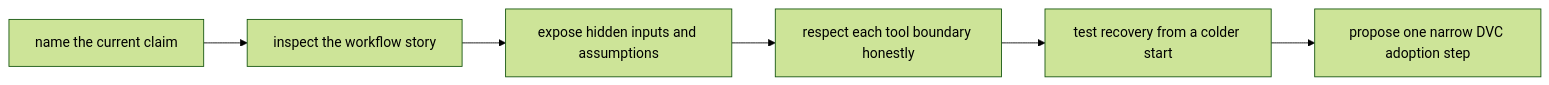
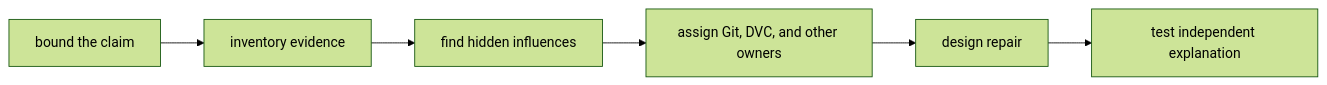
Before and after one commit to bijux/bijux-masterclass: the second of 2 diagrams in programs/reproducible-research/deep-dive-dvc/course-book/module-01-reproducibility-failures-real-teams/exercises.md, drawn with Mermaid (forest theme). The commit also changed other lines of this file, not shown here.

Commit message:
docs(dvc): make foundational practice evidence driven

````diff
--- a/programs/reproducible-research/deep-dive-dvc/course-book/module-01-reproducibility-failures-real-teams/exercises.md
+++ b/programs/reproducible-research/deep-dive-dvc/course-book/module-01-reproducibility-failures-real-teams/exercises.md
@@ -92,11 +18,8 @@
 ```mermaid
 flowchart LR
-  claim["name the current claim"]
-  inspect["inspect the workflow story"]
-  expose["expose hidden inputs and assumptions"]
-  narrow["respect each tool boundary honestly"]
-  test["test recovery from a colder start"]
-  adopt["propose one narrow DVC adoption step"]
-
-  claim --> inspect --> expose --> narrow --> test --> adopt
+  claim["bound the claim"] --> evidence["inventory evidence"]
+  evidence --> hidden["find hidden influences"]
+  hidden --> boundary["assign Git, DVC, and other owners"]
+  boundary --> repair["design repair"]
+  repair --> handoff["test independent explanation"]
 ```
````
